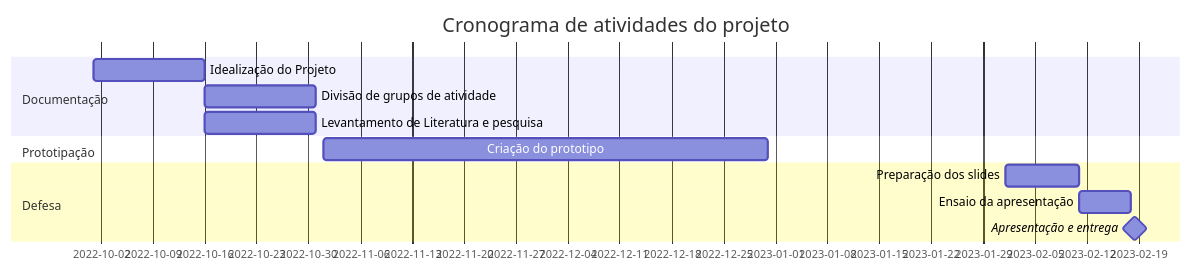
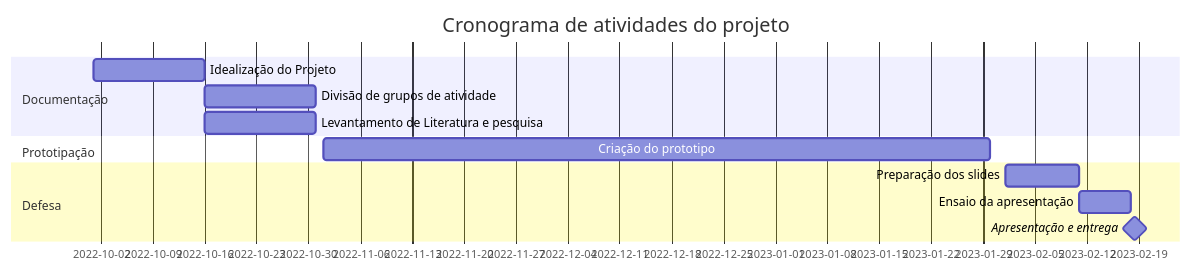
Before and after one commit to JVictor1012/projeto-integrador-gantt: the diagram in README.md, drawn with Mermaid.

````diff
--- a/README.md
+++ b/README.md
@@ -3,19 +3,19 @@
 ```mermaid
     gantt
     title Cronograma de atividades do projeto
     dateFormat  YYYY-MM-DD
     section Documentação 
     Idealização do Projeto      :a1, 2022-10-01, 15d
     Divisão de grupos de atividade   :a2, after a1  , 15d
     Levantamento de Literatura e pesquisa   :a3, after a1  , 15d
     
     
     section Prototipação
-    Criação do prototipo      :b1, 2022-11-01, 60d
+    Criação do prototipo      :b1, 2022-11-01, 90d
   
     
     section Defesa
     Preparação dos slides :p1, 2023-02-01, 10d
     Ensaio da apresentação :p2, after p1, 7d
     Apresentação e entrega  :milestone, after p2, 1d
 ```
````
